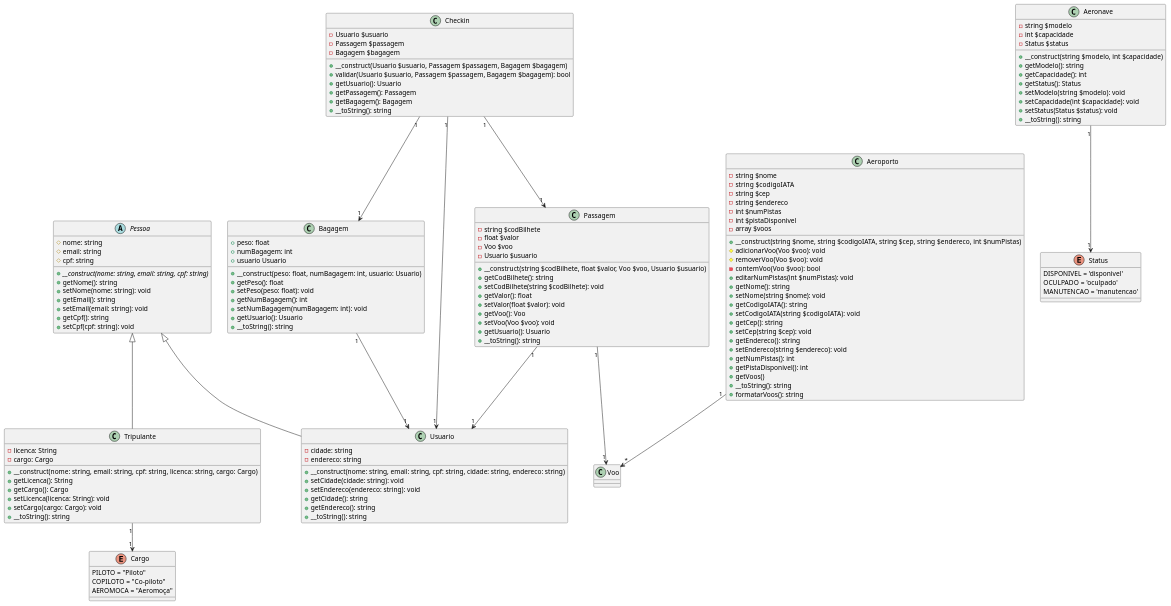
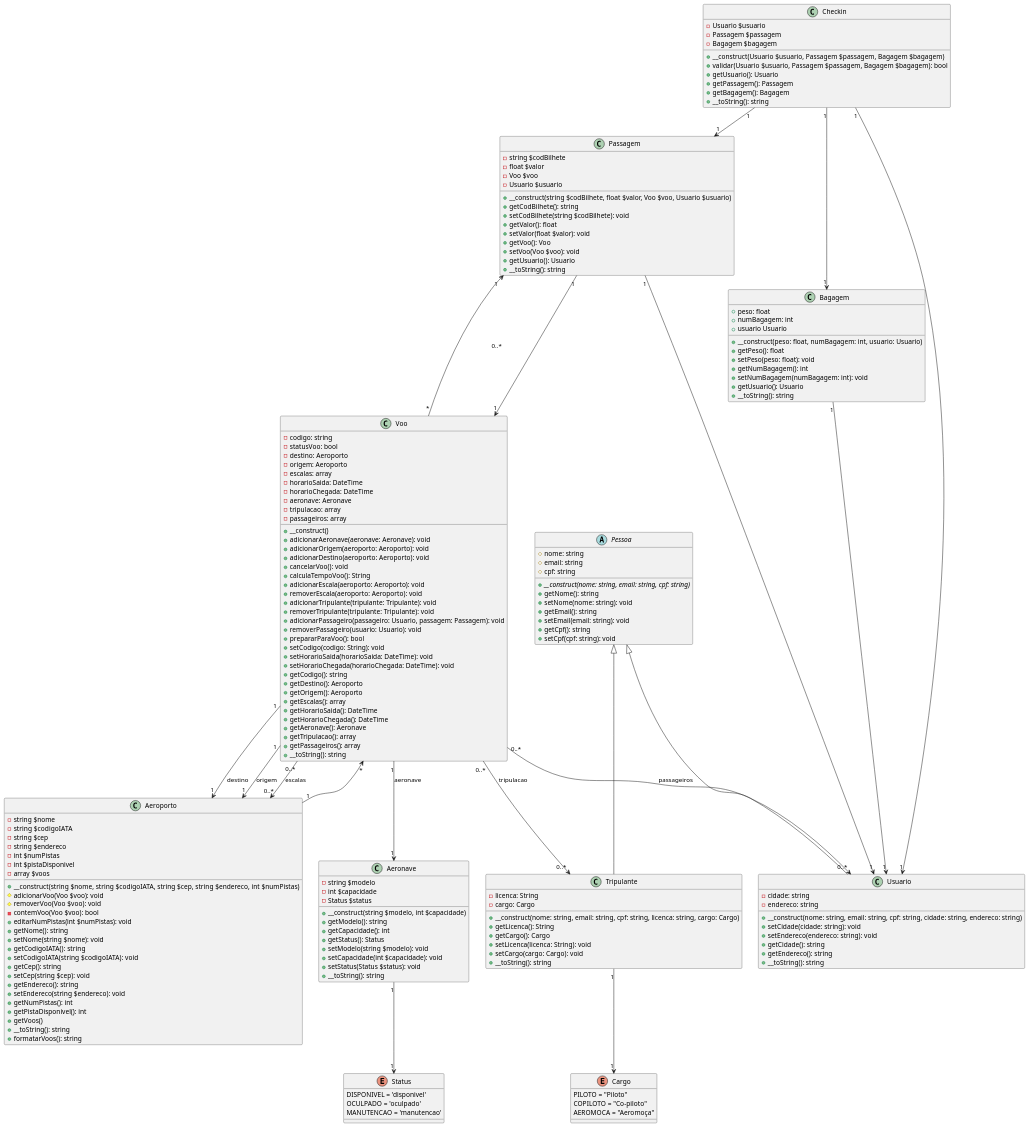
The diagram in uml.puml (Tav1nnn/poo-aeroporto-php), drawn with PlantUML before and after one commit. The commit also changed 5 other files, not shown here.

```diff
--- a/uml.puml
+++ b/uml.puml
@@ -1,148 +1,196 @@
 @startuml Aeroporto
 
 enum Cargo {
     PILOTO = "Piloto"
     COPILOTO = "Co-piloto"
     AEROMOCA = "Aeromoça"
 }
 
 enum Status {
     DISPONIVEL = 'disponivel'
     OCULPADO = 'oculpado'
     MANUTENCAO = 'manutencao'
 }
 
 abstract class Pessoa {
     # nome: string
     # email: string
     # cpf: string
     
     {abstract} + __construct(nome: string, email: string, cpf: string)
     + getNome(): string
     + setNome(nome: string): void
     + getEmail(): string
     + setEmail(email: string): void
     + getCpf(): string
     + setCpf(cpf: string): void
 }
 
 class Usuario {
     - cidade: string
     - endereco: string
     
     + __construct(nome: string, email: string, cpf: string, cidade: string, endereco: string)
     + setCidade(cidade: string): void
     + setEndereco(endereco: string): void
     + getCidade(): string
     + getEndereco(): string
     + __toString(): string
 }
 
 class Tripulante {
     - licenca: String
     - cargo: Cargo
     
     + __construct(nome: string, email: string, cpf: string, licenca: string, cargo: Cargo)
     + getLicenca(): String
     + getCargo(): Cargo
     + setLicenca(licenca: String): void
     + setCargo(cargo: Cargo): void
     + __toString(): string
 }
 
 class Bagagem {
   + peso: float
   + numBagagem: int
   + usuario Usuario
   
   + __construct(peso: float, numBagagem: int, usuario: Usuario)
   + getPeso(): float
   + setPeso(peso: float): void
   + getNumBagagem(): int
   + setNumBagagem(numBagagem: int): void
   + getUsuario(): Usuario
   + __toString(): string
 }
 
 class Aeronave {
  -string $modelo
  -int $capacidade
  -Status $status
  +__construct(string $modelo, int $capacidade)
  +getModelo(): string
  +getCapacidade(): int
  +getStatus(): Status
  +setModelo(string $modelo): void
  +setCapacidade(int $capacidade): void
  +setStatus(Status $status): void
  +__toString(): string
 }
 
 class Passagem {
  -string $codBilhete
  -float $valor
  -Voo $voo
  -Usuario $usuario
  +__construct(string $codBilhete, float $valor, Voo $voo, Usuario $usuario)
  +getCodBilhete(): string
  +setCodBilhete(string $codBilhete): void
  +getValor(): float
  +setValor(float $valor): void
  +getVoo(): Voo
  +setVoo(Voo $voo): void
  +getUsuario(): Usuario
  +__toString(): string
 }
 
 class Checkin {
  -Usuario $usuario
  -Passagem $passagem
  -Bagagem $bagagem
  +__construct(Usuario $usuario, Passagem $passagem, Bagagem $bagagem)
  +validar(Usuario $usuario, Passagem $passagem, Bagagem $bagagem): bool
  +getUsuario(): Usuario
  +getPassagem(): Passagem
  +getBagagem(): Bagagem
  +__toString(): string
 }
 
 class Aeroporto {
  -string $nome
  -string $codigoIATA
  -string $cep
  -string $endereco
  -int $numPistas
  -int $pistaDisponivel
  -array $voos
  +__construct(string $nome, string $codigoIATA, string $cep, string $endereco, int $numPistas)
  #adicionarVoo(Voo $voo): void
  #removerVoo(Voo $voo): void
  -contemVoo(Voo $voo): bool
  +editarNumPistas(int $numPistas): void
  +getNome(): string
  +setNome(string $nome): void
  +getCodigoIATA(): string
  +setCodigoIATA(string $codigoIATA): void
  +getCep(): string
  +setCep(string $cep): void
  +getEndereco(): string
  +setEndereco(string $endereco): void
  +getNumPistas(): int
  +getPistaDisponivel(): int
  +getVoos()
  +__toString(): string
  +formatarVoos(): string
 }
+
+ class Voo {
+        -codigo: string
+        -statusVoo: bool
+        -destino: Aeroporto
+        -origem: Aeroporto
+        -escalas: array
+        -horarioSaida: DateTime
+        -horarioChegada: DateTime
+        -aeronave: Aeronave
+        -tripulacao: array
+        -passageiros: array
+        +__construct()
+        +adicionarAeronave(aeronave: Aeronave): void
+        +adicionarOrigem(aeroporto: Aeroporto): void
+        +adicionarDestino(aeroporto: Aeroporto): void
+        +cancelarVoo(): void
+        +calculaTempoVoo(): String
+        +adicionarEscala(aeroporto: Aeroporto): void
+        +removerEscala(aeroporto: Aeroporto): void
+        +adicionarTripulante(tripulante: Tripulante): void
+        +removerTripulante(tripulante: Tripulante): void
+        +adicionarPassageiro(passageiro: Usuario, passagem: Passagem): void
+        +removerPassageiro(usuario: Usuario): void
+        +prepararParaVoo(): bool
+        +setCodigo(codigo: String): void
+        +setHorarioSaida(horarioSaida: DateTime): void
+        +setHorarioChegada(horarioChegada: DateTime): void
+        +getCodigo(): string
+        +getDestino(): Aeroporto
+        +getOrigem(): Aeroporto
+        +getEscalas(): array
+        +getHorarioSaida(): DateTime
+        +getHorarioChegada(): DateTime
+        +getAeronave(): Aeronave
+        +getTripulacao(): array
+        +getPassageiros(): array
+        +__toString(): string
+    }
+
+
 Pessoa <|-- Usuario
 Pessoa <|-- Tripulante
 Tripulante "1" --> "1" Cargo
 Bagagem "1" --> "1" Usuario
 Aeronave "1" --> "1" Status
 Checkin "1" --> "1" Usuario 
 Checkin "1" --> "1" Passagem 
 Checkin "1" --> "1" Bagagem 
 Aeroporto "1" --> "*" Voo 
 Passagem "1" --> "1" Voo 
 Passagem "1" --> "1" Usuario
+Voo "1" --> "1" Aeroporto : destino
+    Voo "1" --> "1" Aeroporto : origem
+    Voo "0..*" --> "0..*" Aeroporto : escalas
+    Voo "1" --> "1" Aeronave : aeronave
+    Voo "0..*" --> "0..*" Tripulante : tripulacao
+    Voo "0..*" --> "0..*" Usuario : passageiros
+    Voo "*" --> "1" Passagem : 0..* 
 
 @enduml
```
